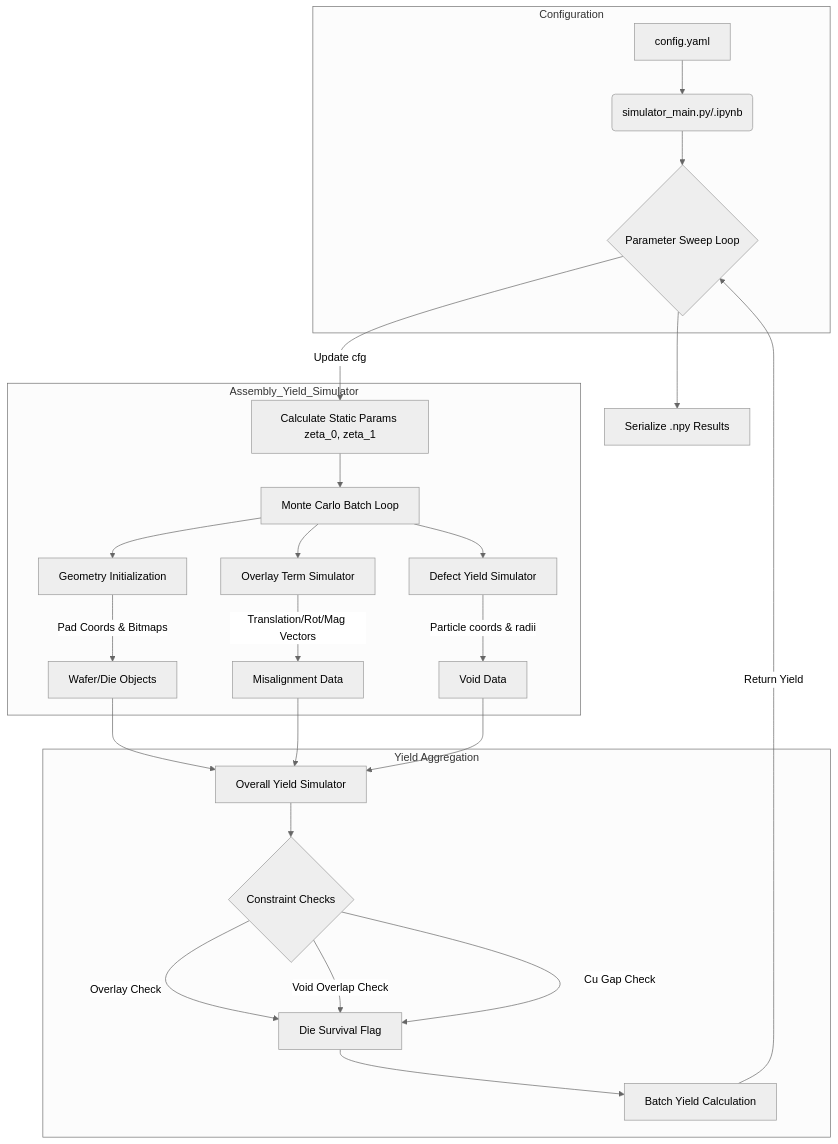
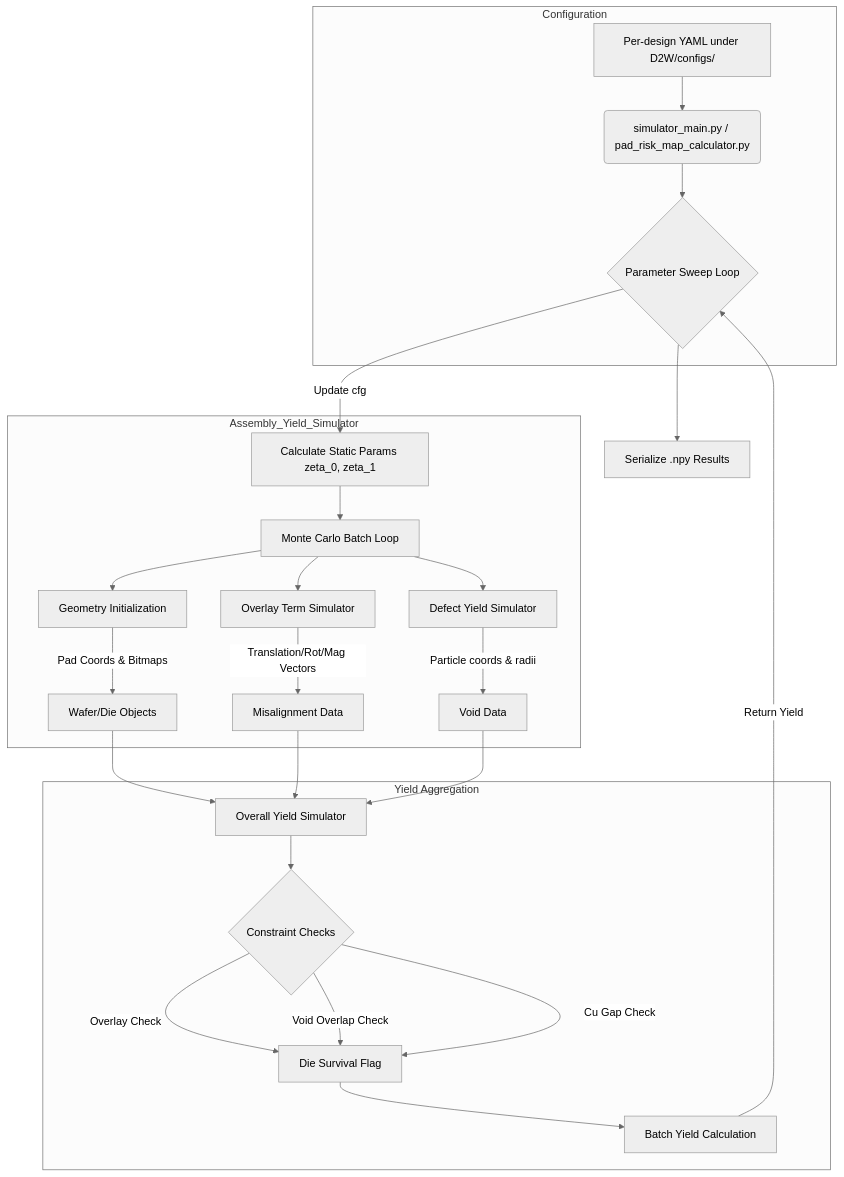
One commit to nanocad-lab/YAP changed the first of 6 diagrams in yap-doc.md. Above: the diagram before and after it, drawn with Mermaid (neutral theme). The commit also changed other lines of this file and 1 other file, not shown here.

````diff
--- a/yap-doc.md
+++ b/yap-doc.md
@@ -97,33 +168,33 @@
 ```mermaid
 graph TD
     subgraph Configuration
-    A[config.yaml] --> B(simulator_main.py/.ipynb)
+    A[Per-design YAML under D2W/configs/] --> B(simulator_main.py / pad_risk_map_calculator.py)
     B --> C{Parameter Sweep Loop}
     end
 
     subgraph Assembly_Yield_Simulator
     C -->|Update cfg| D[Calculate Static Params zeta_0, zeta_1]
     D --> E[Monte Carlo Batch Loop]
     
     E --> F[Geometry Initialization]
     F -->|Pad Coords & Bitmaps| G[Wafer/Die Objects]
     
     E --> H[Overlay Term Simulator]
     H -->|Translation/Rot/Mag Vectors| I[Misalignment Data]
     
     E --> J[Defect Yield Simulator]
     J -->|Particle coords & radii| K[Void Data]
     end
 
     subgraph Yield Aggregation
     G & I & K --> L[Overall Yield Simulator]
     L --> M{Constraint Checks}
     M -->|Overlay Check| N[Die Survival Flag]
     M -->|Void Overlap Check| N
     M -->|Cu Gap Check| N
     N --> O[Batch Yield Calculation]
     end
 
     O -->|Return Yield| C
     C --> P[Serialize .npy Results]
 ```
````
